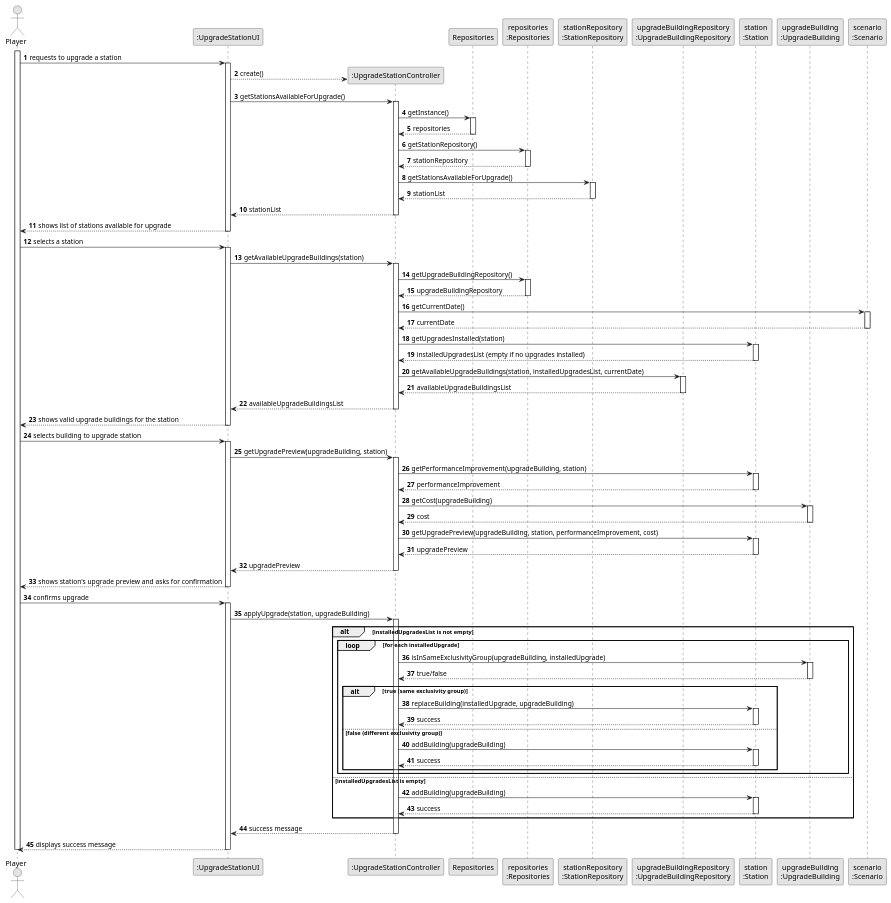
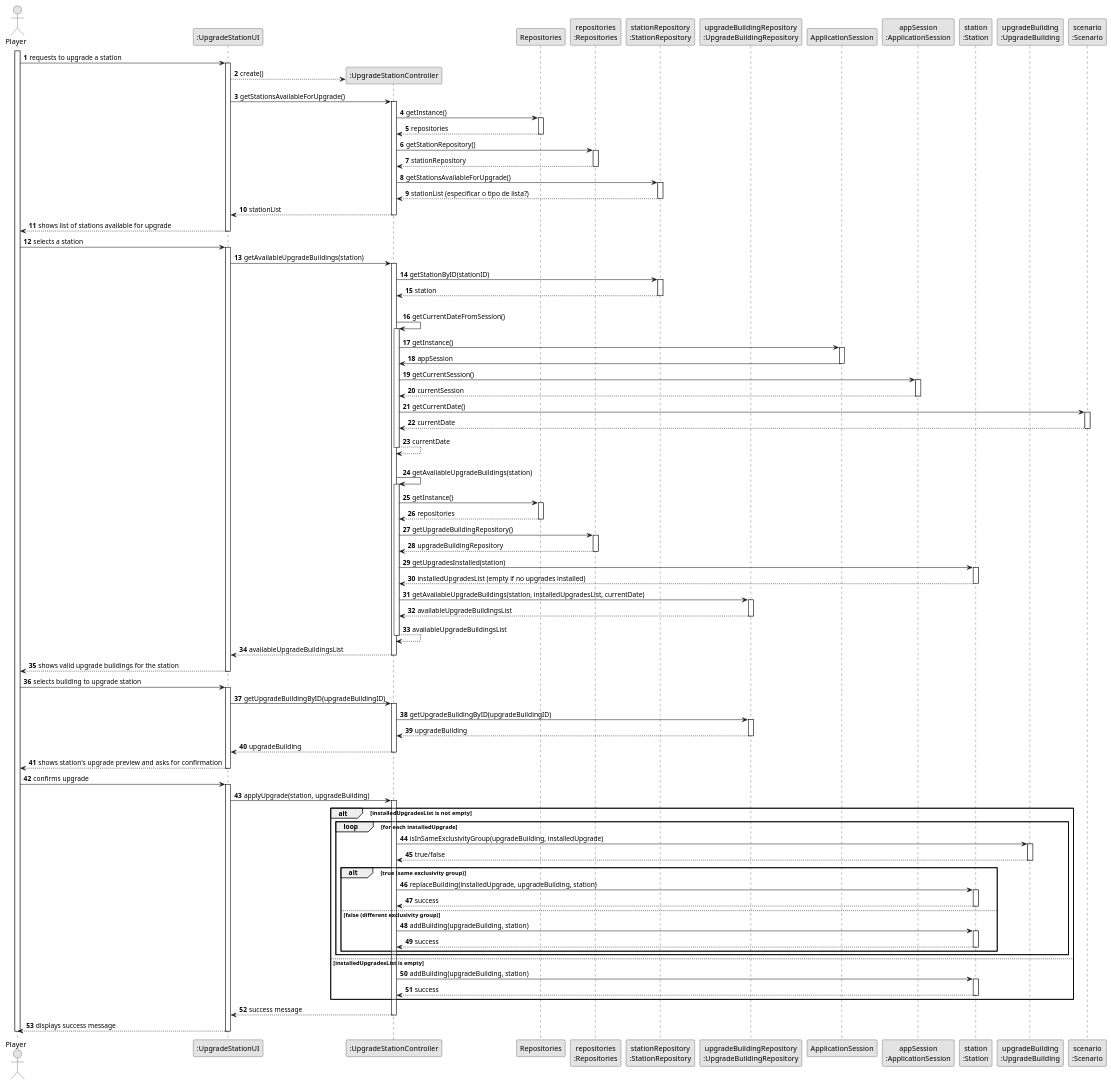
One commit to Educ00/mdisc-2425 changed the diagram in docs/system-documentation/sprint 3/US06/03.design/puml/US006-SD-full.puml. Above: the diagram before and after it, drawn with PlantUML. The commit also changed 5 other files, not shown here.

Commit message:
Update on US06 accordingly to professor's review once again. Used SINGLETON on ApplicationSession to get the current date. Still some doubts related to whether I should save the station again on it's repo or the update itself. Updated the CD accordingly to the updates on SD once again.

```diff
--- a/docs/system-documentation/sprint 3/US06/03.design/puml/US006-SD-full.puml
+++ b/docs/system-documentation/sprint 3/US06/03.design/puml/US006-SD-full.puml
@@ -1,156 +1,179 @@
 @startuml
 skinparam monochrome true
 skinparam packageStyle rectangle
 skinparam shadowing false
 
 autonumber
 
 actor "Player" as PLAYER
 participant ":UpgradeStationUI" as UI
 participant ":UpgradeStationController" as CTRL
 participant "Repositories" as REPOS
 participant "repositories\n:Repositories" as REPOS_SINGLETON
 participant "stationRepository\n:StationRepository" as STATION_REPO
 participant "upgradeBuildingRepository\n:UpgradeBuildingRepository" as UPGRADE_BUILDING_REPO
+participant "ApplicationSession" as APP_SESSION
+participant "appSession\n:ApplicationSession" as APP_SESSION_SINGLETON
 participant "station\n:Station" as STATION
 participant "upgradeBuilding\n:UpgradeBuilding" as UPGRADE_BUILDING
 participant "scenario\n:Scenario" as SCENARIO
 
 activate PLAYER
 
 PLAYER -> UI : requests to upgrade a station
 activate UI
 
 UI --> CTRL** : create()
 
 UI -> CTRL : getStationsAvailableForUpgrade()
 activate CTRL
 
 CTRL -> REPOS : getInstance()
 activate REPOS
 
 REPOS --> CTRL : repositories
 deactivate REPOS
 
 CTRL -> REPOS_SINGLETON : getStationRepository()
 activate REPOS_SINGLETON
 
 REPOS_SINGLETON --> CTRL : stationRepository
 deactivate REPOS_SINGLETON
 
 CTRL -> STATION_REPO : getStationsAvailableForUpgrade()
 activate STATION_REPO
-STATION_REPO --> CTRL : stationList
+STATION_REPO --> CTRL : stationList (especificar o tipo de lista?)
 deactivate STATION_REPO
 
 CTRL --> UI : stationList
 deactivate CTRL
 
 UI --> PLAYER : shows list of stations available for upgrade
 deactivate UI
 
 PLAYER -> UI : selects a station
 activate UI
 
 UI -> CTRL : getAvailableUpgradeBuildings(station)
 activate CTRL
 
-CTRL -> REPOS_SINGLETON : getUpgradeBuildingRepository()
-activate REPOS_SINGLETON
+CTRL -> STATION_REPO : getStationByID(stationID)
+activate STATION_REPO
+STATION_REPO --> CTRL : station
+deactivate STATION_REPO
 
-REPOS_SINGLETON --> CTRL : upgradeBuildingRepository
-deactivate REPOS_SINGLETON
+|||
+CTRL -> CTRL : getCurrentDateFromSession()
+activate CTRL
+                CTRL -> APP_SESSION: getInstance()
+                activate APP_SESSION
+                    APP_SESSION -> CTRL: appSession
+                deactivate APP_SESSION
+
+                CTRL -> APP_SESSION_SINGLETON: getCurrentSession()
+                activate APP_SESSION_SINGLETON
+                    APP_SESSION_SINGLETON --> CTRL: currentSession
+                deactivate APP_SESSION_SINGLETON
 
 CTRL -> SCENARIO : getCurrentDate()
 activate SCENARIO
 
 SCENARIO --> CTRL : currentDate
 deactivate SCENARIO
+
+CTRL --> CTRL : currentDate
+deactivate CTRL
+
+|||
+CTRL -> CTRL : getAvailableUpgradeBuildings(station)
+activate CTRL
+CTRL -> REPOS : getInstance()
+activate REPOS
+REPOS --> CTRL : repositories
+deactivate REPOS
+
+CTRL -> REPOS_SINGLETON : getUpgradeBuildingRepository()
+activate REPOS_SINGLETON
+
+REPOS_SINGLETON --> CTRL : upgradeBuildingRepository
+deactivate REPOS_SINGLETON
 
 CTRL -> STATION : getUpgradesInstalled(station)
 activate STATION
 
 STATION --> CTRL : installedUpgradesList (empty if no upgrades installed)
 deactivate STATION
 
 CTRL -> UPGRADE_BUILDING_REPO : getAvailableUpgradeBuildings(station, installedUpgradesList, currentDate)
 activate UPGRADE_BUILDING_REPO
 UPGRADE_BUILDING_REPO --> CTRL : availableUpgradeBuildingsList
 deactivate UPGRADE_BUILDING_REPO
 
+CTRL --> CTRL : availableUpgradeBuildingsList
+deactivate CTRL
+
 CTRL --> UI : availableUpgradeBuildingsList
 deactivate CTRL
 
 UI --> PLAYER : shows valid upgrade buildings for the station
 deactivate UI
 
 PLAYER -> UI : selects building to upgrade station
 activate UI
 
-UI -> CTRL : getUpgradePreview(upgradeBuilding, station)
+UI -> CTRL : getUpgradeBuildingByID(upgradeBuildingID)
 activate CTRL
-
-CTRL -> STATION : getPerformanceImprovement(upgradeBuilding, station)
-activate STATION
-
-STATION --> CTRL : performanceImprovement
-deactivate STATION
-CTRL -> UPGRADE_BUILDING : getCost(upgradeBuilding)
-activate UPGRADE_BUILDING
-
-UPGRADE_BUILDING --> CTRL : cost
-deactivate UPGRADE_BUILDING
-CTRL -> STATION : getUpgradePreview(upgradeBuilding, station, performanceImprovement, cost)
-activate STATION
-
-STATION --> CTRL : upgradePreview
-deactivate STATION
-CTRL --> UI : upgradePreview
+CTRL -> UPGRADE_BUILDING_REPO : getUpgradeBuildingByID(upgradeBuildingID)
+activate UPGRADE_BUILDING_REPO
+UPGRADE_BUILDING_REPO --> CTRL : upgradeBuilding
+deactivate UPGRADE_BUILDING_REPO
+CTRL --> UI : upgradeBuilding
 deactivate CTRL
 
 UI --> PLAYER : shows station's upgrade preview and asks for confirmation
 deactivate UI
 
 PLAYER -> UI : confirms upgrade
 activate UI
 UI -> CTRL : applyUpgrade(station, upgradeBuilding)
 activate CTRL
 
 alt installedUpgradesList is not empty
 loop for each installedUpgrade
 CTRL -> UPGRADE_BUILDING : isInSameExclusivityGroup(upgradeBuilding, installedUpgrade)
 activate UPGRADE_BUILDING
 UPGRADE_BUILDING --> CTRL : true/false
 deactivate UPGRADE_BUILDING
 
 alt true (same exclusivity group)
-CTRL -> STATION : replaceBuilding(installedUpgrade, upgradeBuilding)
+CTRL -> STATION : replaceBuilding(installedUpgrade, upgradeBuilding, station)
 activate STATION
 
 STATION --> CTRL : success
 deactivate STATION
 else false (different exclusivity group)
-CTRL -> STATION : addBuilding(upgradeBuilding)
+CTRL -> STATION : addBuilding(upgradeBuilding, station)
 activate STATION
 
 STATION --> CTRL : success
 deactivate STATION
 end
 
 end
 else installedUpgradesList is empty
-CTRL -> STATION : addBuilding(upgradeBuilding)
+CTRL -> STATION : addBuilding(upgradeBuilding, station)
 activate STATION
 
 STATION --> CTRL : success
 deactivate STATION
 end
 
+'Devo no fim do replaceBuilding ou addBuilding guardar a station no repositorio novamente, ou guardar a alteracao em si?
 CTRL --> UI : success message
 deactivate CTRL
 
 UI --> PLAYER : displays success message
 deactivate UI
 
 deactivate PLAYER
 @enduml
```
